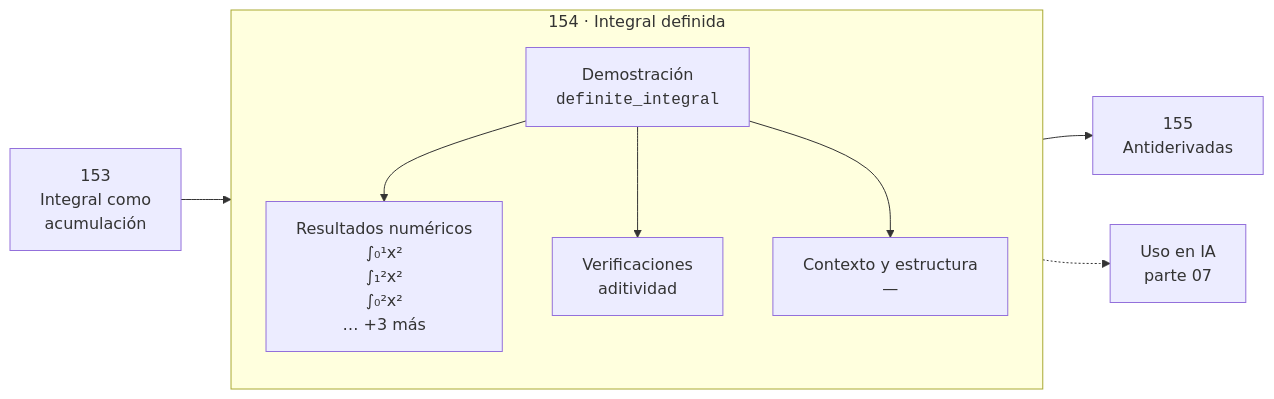
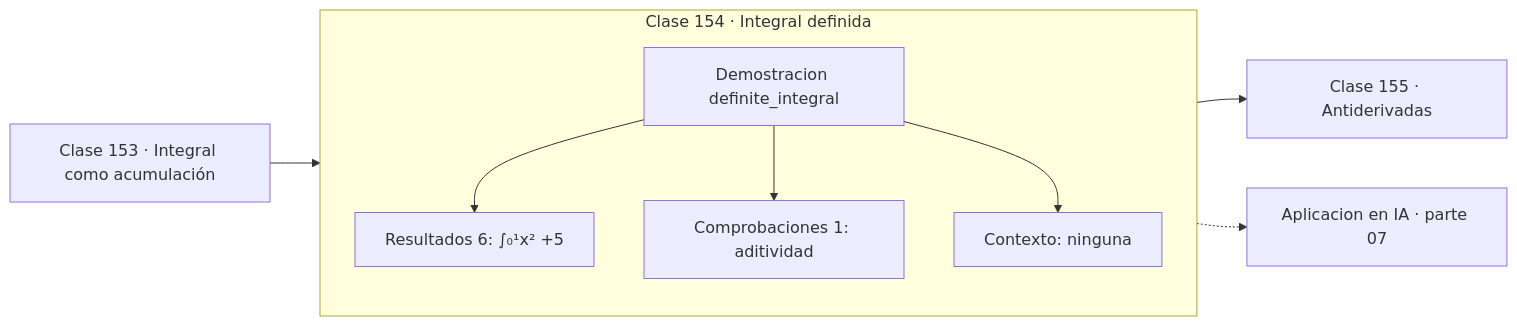
The diagram in classes/part-07-calculo-diferencial-e-integral/154-integral-definida/README.md (vladimiracunadev-create/computational-mathematics-program), drawn with Mermaid before and after one commit. The commit also changed 389 other files, not shown here.

First line of the commit message:
fix(diagramas): elimina el HTML de las etiquetas Mermaid

````diff
--- a/classes/part-07-calculo-diferencial-e-integral/154-integral-definida/README.md
+++ b/classes/part-07-calculo-diferencial-e-integral/154-integral-definida/README.md
@@ -30,12 +30,13 @@
 ```mermaid
 flowchart LR
-    P["153<br/>Integral como<br/>acumulación"] --> C
-    subgraph C["154 · Integral definida"]
+    P["Clase 153 · Integral como acumulación"] --> D
+    subgraph CLASE["Clase 154 · Integral definida"]
         direction TB
-        D["Demostración<br/><code>definite_integral</code>"] --> R["Resultados numéricos<br/>∫₀¹x²<br/>∫₁²x²<br/>∫₀²x²<br/>… +3 más"]
-        D --> V["Verificaciones<br/>aditividad"]
-        D --> O["Contexto y estructura<br/>—"]
+        D["Demostracion definite_integral"]
+        D --> R["Resultados 6: ∫₀¹x² +5"]
+        D --> V["Comprobaciones 1: aditividad"]
+        D --> O["Contexto: ninguna"]
     end
-    C --> N["155<br/>Antiderivadas"]
-    C -.-> IA["Uso en IA<br/>parte 07"]
+    R --> N["Clase 155 · Antiderivadas"]
+    V -.-> IA["Aplicacion en IA · parte 07"]
 ```
````
